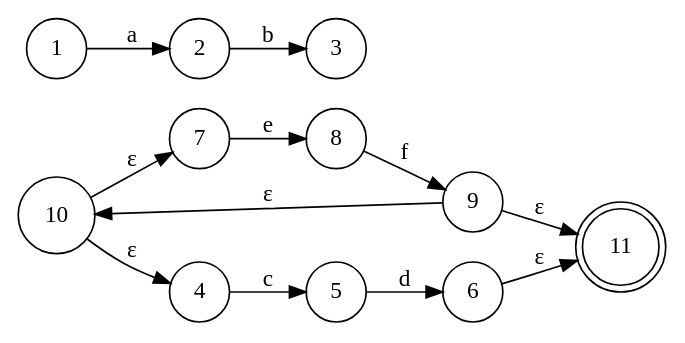
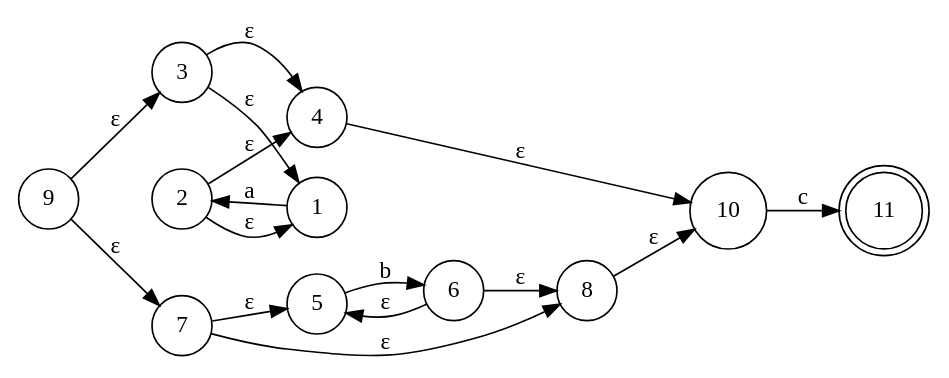
One commit to gusta257/Compis1 changed the diagram in fsm.gv. Above: the diagram before and after it, drawn with Graphviz. The commit also changed 6 other files, not shown here.

```diff
--- a/fsm.gv
+++ b/fsm.gv
@@ -1,27 +1,31 @@
 digraph finite_state_machine {
 	rankdir=LR size="8,5"
 	node [shape=doublecircle]
 	11
 	node [shape=circle]
 	1 -> 2 [label=a]
 	node [shape=circle]
-	2 -> 3 [label=b]
+	2 -> 4 [label="ε"]
+	2 -> 1 [label="ε"]
 	node [shape=circle]
+	3 -> 1 [label="ε"]
+	3 -> 4 [label="ε"]
 	node [shape=circle]
-	4 -> 5 [label=c]
+	4 -> 10 [label="ε"]
 	node [shape=circle]
-	5 -> 6 [label=d]
+	5 -> 6 [label=b]
 	node [shape=circle]
-	6 -> 11 [label="ε"]
+	6 -> 8 [label="ε"]
+	6 -> 5 [label="ε"]
 	node [shape=circle]
-	7 -> 8 [label=e]
+	7 -> 5 [label="ε"]
+	7 -> 8 [label="ε"]
 	node [shape=circle]
-	8 -> 9 [label=f]
+	8 -> 10 [label="ε"]
 	node [shape=circle]
-	9 -> 11 [label="ε"]
-	9 -> 10 [label="ε"]
+	9 -> 3 [label="ε"]
+	9 -> 7 [label="ε"]
 	node [shape=circle]
-	10 -> 4 [label="ε"]
-	10 -> 7 [label="ε"]
+	10 -> 11 [label=c]
 	node [shape=circle]
 }
```
